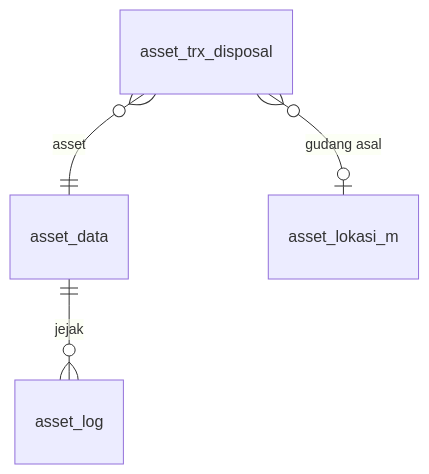
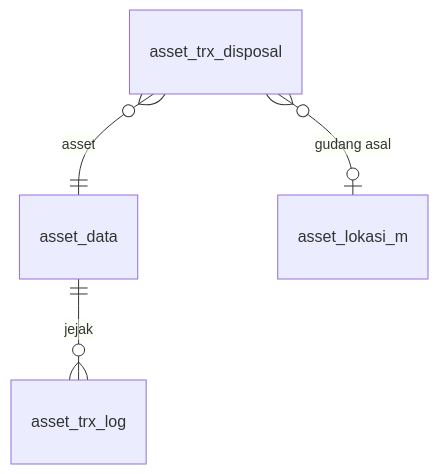
One commit to setiyawan12/DOKUMENTASI-ASSET changed the fourth of 4 diagrams in dokumentasi-asset-disposal.md. Above: the diagram before and after it, drawn with Mermaid. The commit also changed other lines of this file and 34 other files, not shown here.

````diff
--- a/dokumentasi-asset-disposal.md
+++ b/dokumentasi-asset-disposal.md
@@ -215,6 +215,6 @@
 ```mermaid
 erDiagram
     asset_trx_disposal }o--|| asset_data : "asset"
     asset_trx_disposal }o--o| asset_lokasi_m : "gudang asal"
-    asset_data ||--o{ asset_log : "jejak"
+    asset_data ||--o{ asset_trx_log : "jejak"
 ```
````
